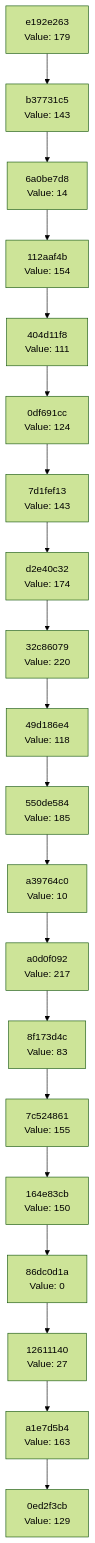
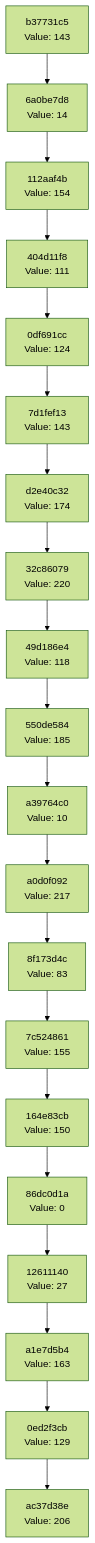
One commit to Abhisheksinha1506/hash-chain-evolver changed the diagram in docs/CHAIN_VISUALIZATION.md. Above: the diagram before and after it, drawn with Mermaid (forest theme). The commit also changed 3 other files, not shown here.

````diff
--- a/docs/CHAIN_VISUALIZATION.md
+++ b/docs/CHAIN_VISUALIZATION.md
@@ -3,42 +3,42 @@
 ```mermaid
 graph TD
-    C0["0ed2f3cb<br/>Value: 129"]
-    C1["a1e7d5b4<br/>Value: 163"]
+    C0["ac37d38e<br/>Value: 206"]
+    C1["0ed2f3cb<br/>Value: 129"]
     C1 --> C0
-    C2["12611140<br/>Value: 27"]
+    C2["a1e7d5b4<br/>Value: 163"]
     C2 --> C1
-    C3["86dc0d1a<br/>Value: 0"]
+    C3["12611140<br/>Value: 27"]
     C3 --> C2
-    C4["164e83cb<br/>Value: 150"]
+    C4["86dc0d1a<br/>Value: 0"]
     C4 --> C3
-    C5["7c524861<br/>Value: 155"]
+    C5["164e83cb<br/>Value: 150"]
     C5 --> C4
-    C6["8f173d4c<br/>Value: 83"]
+    C6["7c524861<br/>Value: 155"]
     C6 --> C5
-    C7["a0d0f092<br/>Value: 217"]
+    C7["8f173d4c<br/>Value: 83"]
     C7 --> C6
-    C8["a39764c0<br/>Value: 10"]
+    C8["a0d0f092<br/>Value: 217"]
     C8 --> C7
-    C9["550de584<br/>Value: 185"]
+    C9["a39764c0<br/>Value: 10"]
     C9 --> C8
-    C10["49d186e4<br/>Value: 118"]
+    C10["550de584<br/>Value: 185"]
     C10 --> C9
-    C11["32c86079<br/>Value: 220"]
+    C11["49d186e4<br/>Value: 118"]
     C11 --> C10
-    C12["d2e40c32<br/>Value: 174"]
+    C12["32c86079<br/>Value: 220"]
     C12 --> C11
-    C13["7d1fef13<br/>Value: 143"]
+    C13["d2e40c32<br/>Value: 174"]
     C13 --> C12
-    C14["0df691cc<br/>Value: 124"]
+    C14["7d1fef13<br/>Value: 143"]
     C14 --> C13
-    C15["404d11f8<br/>Value: 111"]
+    C15["0df691cc<br/>Value: 124"]
     C15 --> C14
-    C16["112aaf4b<br/>Value: 154"]
+    C16["404d11f8<br/>Value: 111"]
     C16 --> C15
-    C17["6a0be7d8<br/>Value: 14"]
+    C17["112aaf4b<br/>Value: 154"]
     C17 --> C16
-    C18["b37731c5<br/>Value: 143"]
+    C18["6a0be7d8<br/>Value: 14"]
     C18 --> C17
-    C19["e192e263<br/>Value: 179"]
+    C19["b37731c5<br/>Value: 143"]
     C19 --> C18
 ```
````
